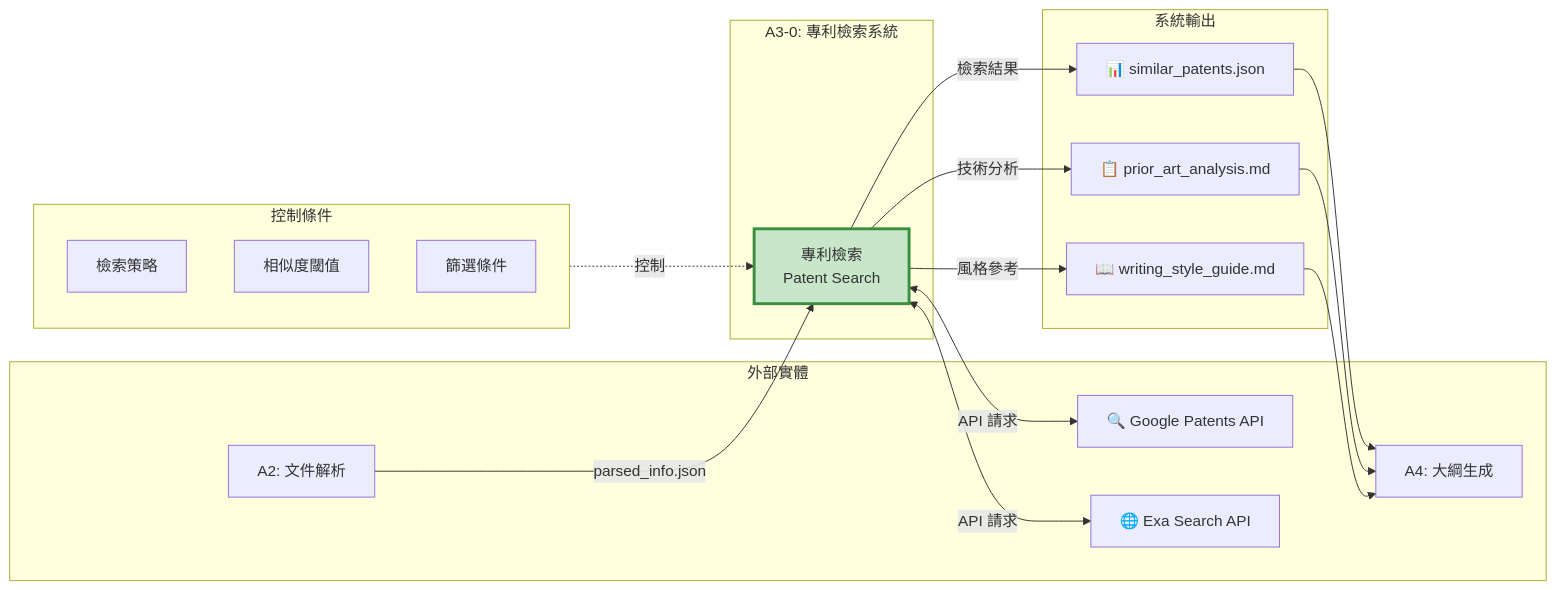
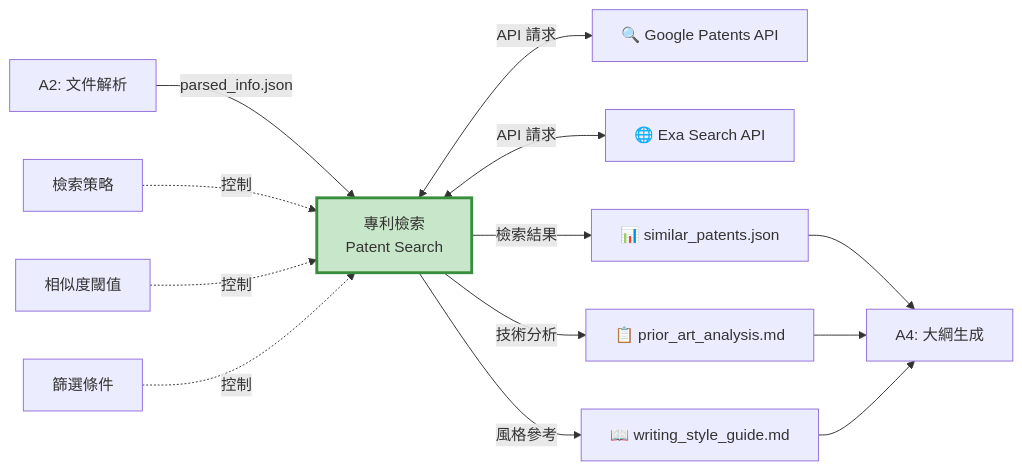
The first of 3 diagrams in docs/A3_Patent_Search_IDEF0.md (Raw1mage/PatentDrafter), drawn with Mermaid before and after one commit. The commit also changed other lines of this file and 13 other files, not shown here.

First line of the commit message:
修復所有 Mermaid 圖表語法問題

````diff
--- a/docs/A3_Patent_Search_IDEF0.md
+++ b/docs/A3_Patent_Search_IDEF0.md
@@ -29,41 +29,32 @@
 ```mermaid
-graph LR
-    subgraph External["外部實體"]
-        A2["A2: 文件解析"]
-        A4["A4: 大綱生成"]
-        GooglePatents["🔍 Google Patents API"]
-        ExaSearch["🌐 Exa Search API"]
-    end
-
-    subgraph A3_System["A3-0: 專利檢索系統"]
-        A3["專利檢索<br/>Patent Search"]
-    end
-
-    subgraph Controls["控制條件"]
-        SearchStrategy["檢索策略"]
-        SimilarityThreshold["相似度閾值"]
-        Filters["篩選條件"]
-    end
-
-    subgraph Outputs["系統輸出"]
-        SimilarPatents["📊 similar_patents.json"]
-        Analysis["📋 prior_art_analysis.md"]
-        StyleGuide["📖 writing_style_guide.md"]
-    end
+flowchart LR
+    A2["A2: 文件解析"]
+    A4["A4: 大綱生成"]
+    GooglePatents["🔍 Google Patents API"]
+    ExaSearch["🌐 Exa Search API"]
+    A3["專利檢索<br/>Patent Search"]
+    SearchStrategy["檢索策略"]
+    SimilarityThreshold["相似度閾值"]
+    Filters["篩選條件"]
+    SimilarPatents["📊 similar_patents.json"]
+    Analysis["📋 prior_art_analysis.md"]
+    StyleGuide["📖 writing_style_guide.md"]
 
     A2 -->|parsed_info.json| A3
-    Controls -.控制.-> A3
+    SearchStrategy -.控制.-> A3
+    SimilarityThreshold -.控制.-> A3
+    Filters -.控制.-> A3
 
     A3 <-->|API 請求| GooglePatents
     A3 <-->|API 請求| ExaSearch
 
     A3 -->|檢索結果| SimilarPatents
     A3 -->|技術分析| Analysis
     A3 -->|風格參考| StyleGuide
 
     SimilarPatents --> A4
     Analysis --> A4
     StyleGuide --> A4
 
     style A3 fill:#C8E6C9,stroke:#388E3C,stroke-width:3px
 ```
````
